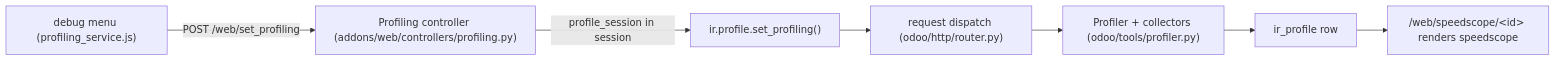
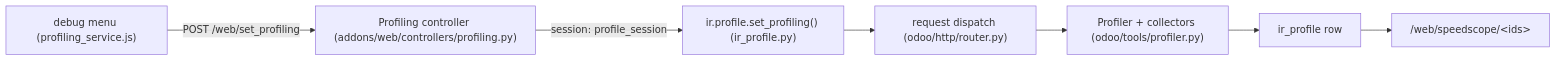
The diagram in droid-wiki/how-to-monitor/profiling.md (blitzy-public-samples/odoo), drawn with Mermaid before and after one commit. The commit also changed other lines of this file and 78 other files, not shown here.

````diff
--- a/droid-wiki/how-to-monitor/profiling.md
+++ b/droid-wiki/how-to-monitor/profiling.md
@@ -15,9 +35,9 @@
 ```mermaid
 graph LR
     menu["debug menu (profiling_service.js)"] -->|"POST /web/set_profiling"| ctrl["Profiling controller (addons/web/controllers/profiling.py)"]
-    ctrl -->|"profile_session in session"| sess["ir.profile.set_profiling()"]
+    ctrl -->|"session: profile_session"| sess["ir.profile.set_profiling() (ir_profile.py)"]
     sess --> req["request dispatch (odoo/http/router.py)"]
     req --> prof["Profiler + collectors (odoo/tools/profiler.py)"]
     prof --> row["ir_profile row"]
-    row --> sp["/web/speedscope/&lt;id&gt; renders speedscope"]
+    row --> sp["/web/speedscope/&lt;ids&gt;"]
 ```
````
